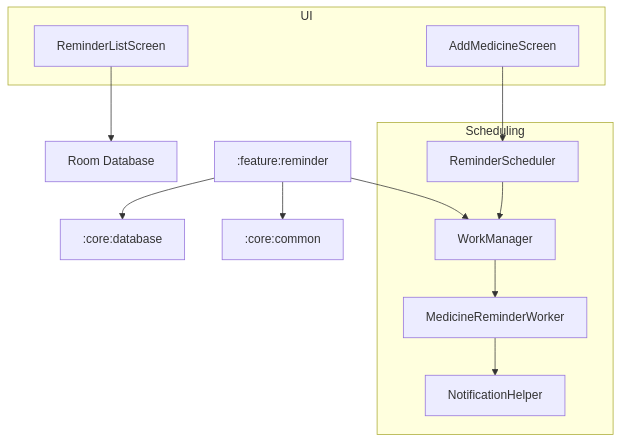
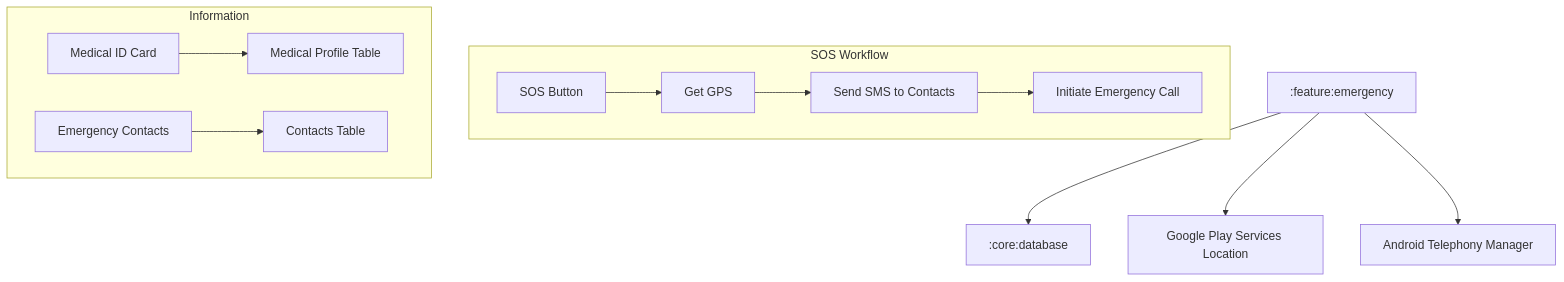
Before and after one commit to KotlinFiroj/Ai-HealthCare-App: the diagram in .artifacts/4dc8775b-7ddf-49a0-b4e6-8fda79cbdfec/implementation_plan.artifact.md, drawn with Mermaid. The commit also changed other lines of this file and 21 other files, not shown here.

Commit message:
Implement Phase 10: Emergency Module with SOS functionality, GPS location sharing, and Medical ID card

````diff
--- a/.artifacts/4dc8775b-7ddf-49a0-b4e6-8fda79cbdfec/implementation_plan.artifact.md
+++ b/.artifacts/4dc8775b-7ddf-49a0-b4e6-8fda79cbdfec/implementation_plan.artifact.md
@@ -55,20 +50,17 @@
 ```mermaid
 graph TD
-    F_Rem[:feature:reminder] --> C_DB[:core:database]
-    F_Rem --> C_Com[:core:common]
-    F_Rem --> WM[WorkManager]
+    F_Emer[:feature:emergency] --> C_DB[:core:database]
+    F_Emer --> GPS[Google Play Services Location]
+    F_Emer --> SMS[Android Telephony Manager]
 
-    subgraph Scheduling
-        Scheduler[ReminderScheduler] --> WM
-        WM --> Worker[MedicineReminderWorker]
-        Worker --> Notif[NotificationHelper]
+    subgraph SOS Workflow
+        Button[SOS Button] --> Location[Get GPS]
+        Location --> SMS_Alert[Send SMS to Contacts]
+        SMS_Alert --> Call[Initiate Emergency Call]
     end
 
-    subgraph UI
-        List[ReminderListScreen]
-        Add[AddMedicineScreen]
+    subgraph Information
+        MedicalId[Medical ID Card] --> DB_Profile[Medical Profile Table]
+        Contacts[Emergency Contacts] --> DB_Contacts[Contacts Table]
     end
-
-    List --> DB[Room Database]
-    Add --> Scheduler
 ```
````
